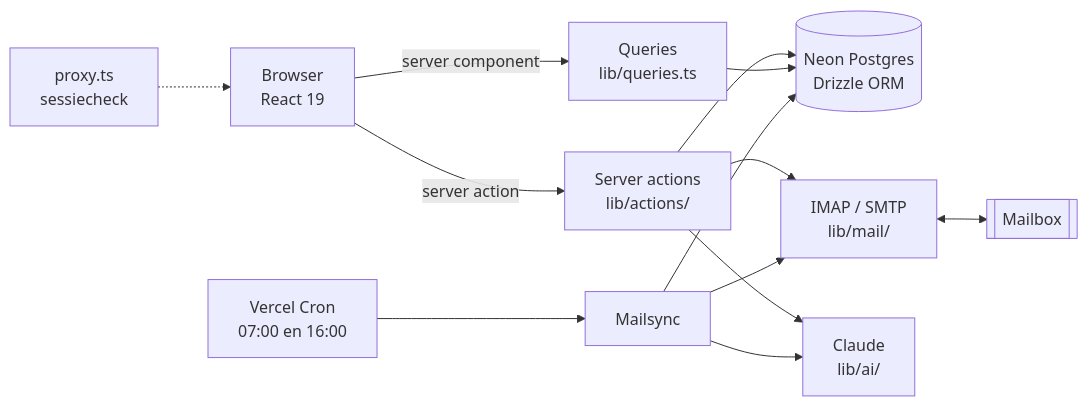
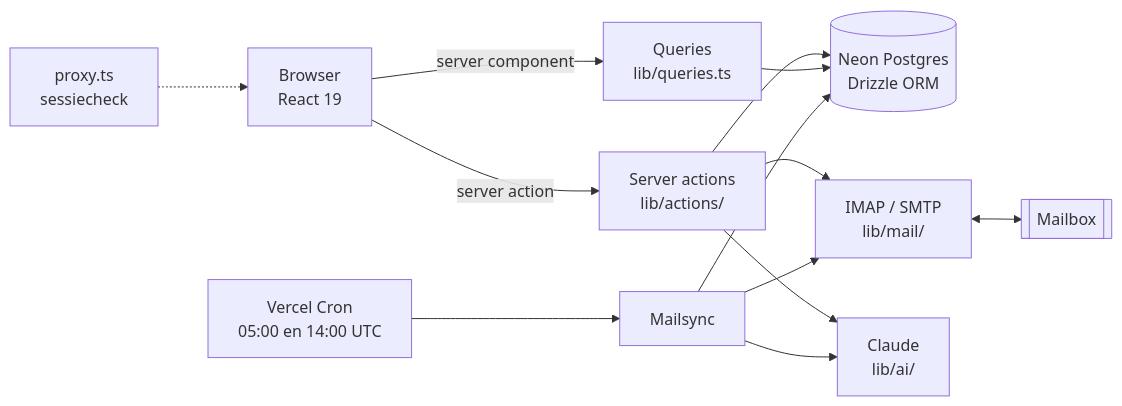
Before and after one commit to StudioPrins/studio-prins-dashboard: the diagram in README.md, drawn with Mermaid. The commit also changed other lines of this file and 3 other files, not shown here.

````diff
--- a/README.md
+++ b/README.md
@@ -41,15 +45,15 @@
 ```mermaid
 flowchart LR
   B["Browser<br/>React 19"] -->|"server action"| SA["Server actions<br/>lib/actions/"]
   B -->|"server component"| Q["Queries<br/>lib/queries.ts"]
   SA --> DB[("Neon Postgres<br/>Drizzle ORM")]
   Q --> DB
   SA --> IMAP["IMAP / SMTP<br/>lib/mail/"]
   SA --> AI["Claude<br/>lib/ai/"]
-  CRON["Vercel Cron<br/>07:00 en 16:00"] --> SYNC["Mailsync"]
+  CRON["Vercel Cron<br/>05:00 en 14:00 UTC"] --> SYNC["Mailsync"]
   SYNC --> IMAP
   SYNC --> AI
   SYNC --> DB
   IMAP <--> MB[["Mailbox"]]
   PROXY["proxy.ts<br/>sessiecheck"] -.-> B
 ```
````
